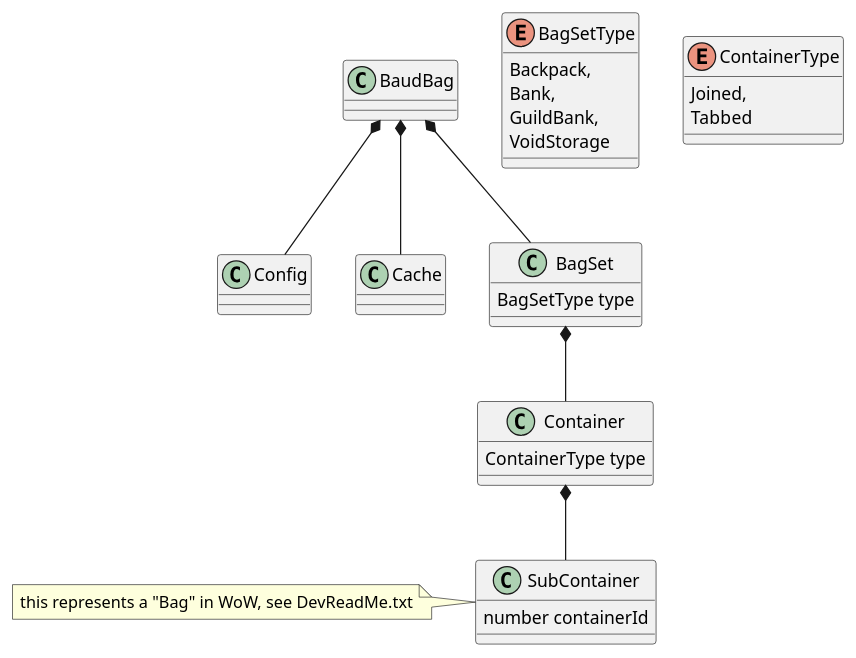
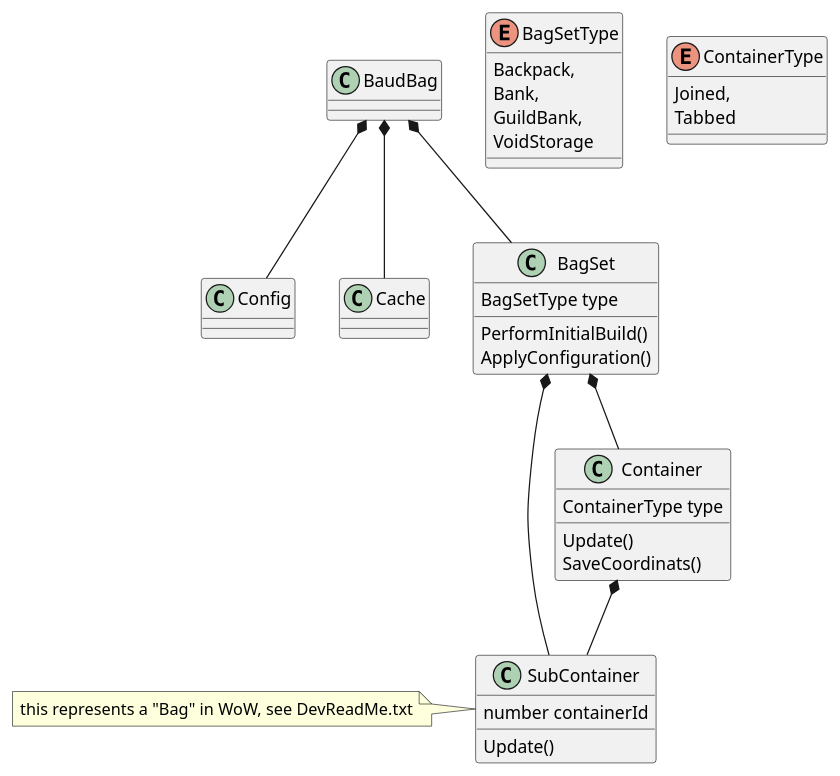
The diagram in docs/class_system.puml (gsnerf/Baud-Bag), drawn with PlantUML before and after one commit.

Commit message:
updated class documentation to reflect new coding guide lines

```diff
--- a/docs/class_system.puml
+++ b/docs/class_system.puml
@@ -1,37 +1,43 @@
 @startuml
 class BaudBag
 class Config
 class Cache
 
 enum BagSetType {
     Backpack,
     Bank,
     GuildBank,
     VoidStorage
 }
 
 class BagSet {
     BagSetType type
+    PerformInitialBuild()
+    ApplyConfiguration()
 }
 
 enum ContainerType {
     Joined,
     Tabbed
 }
 
 class Container {
     ContainerType type
+    Update()
+    SaveCoordinats()
 }
 class SubContainer{
     number containerId
+    Update()
 }
 
 note left of SubContainer : this represents a "Bag" in WoW, see DevReadMe.txt
 
 BaudBag *-- Config
 BaudBag *-- Cache
 BaudBag *-- BagSet
 
 BagSet *-- Container
+BagSet *-- SubContainer
 Container *-- SubContainer
 @enduml
```
